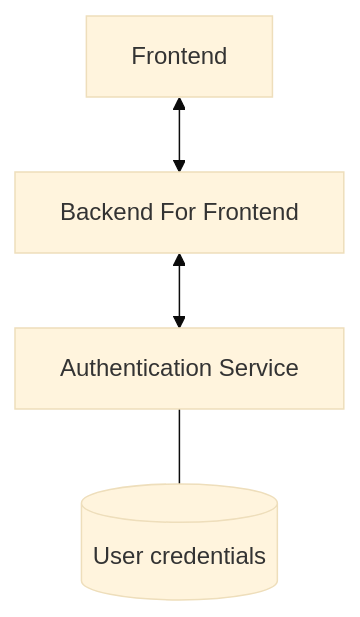
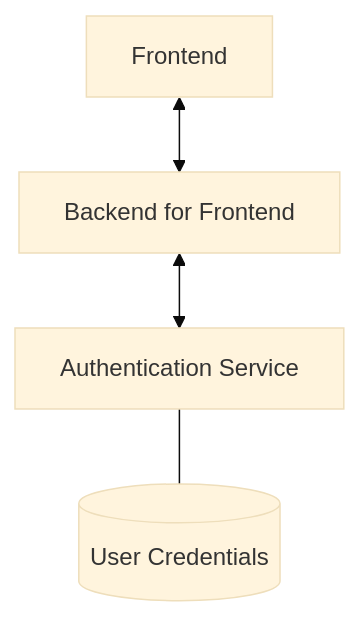
Before and after one commit to kevthunder/Vention-system-design-assessment: the second of 12 diagrams in docs/README.md, drawn with Mermaid (base theme). The commit also changed other lines of this file and 1 other file, not shown here.

````diff
--- a/docs/README.md
+++ b/docs/README.md
@@ -112,10 +118,10 @@
 ```mermaid
 flowchart TD
     Frontend[Frontend]
-    BFF[Backend For Frontend]
+    BFF[Backend for Frontend]
     Frontend <--> BFF
 
     Auth[Authentication Service]
-    AuthDB[(User credentials)]
-    BFF <--> Auth --- AuthDB
+    AuthDb[(User Credentials)]
+    BFF <--> Auth --- AuthDb
 ```
````
